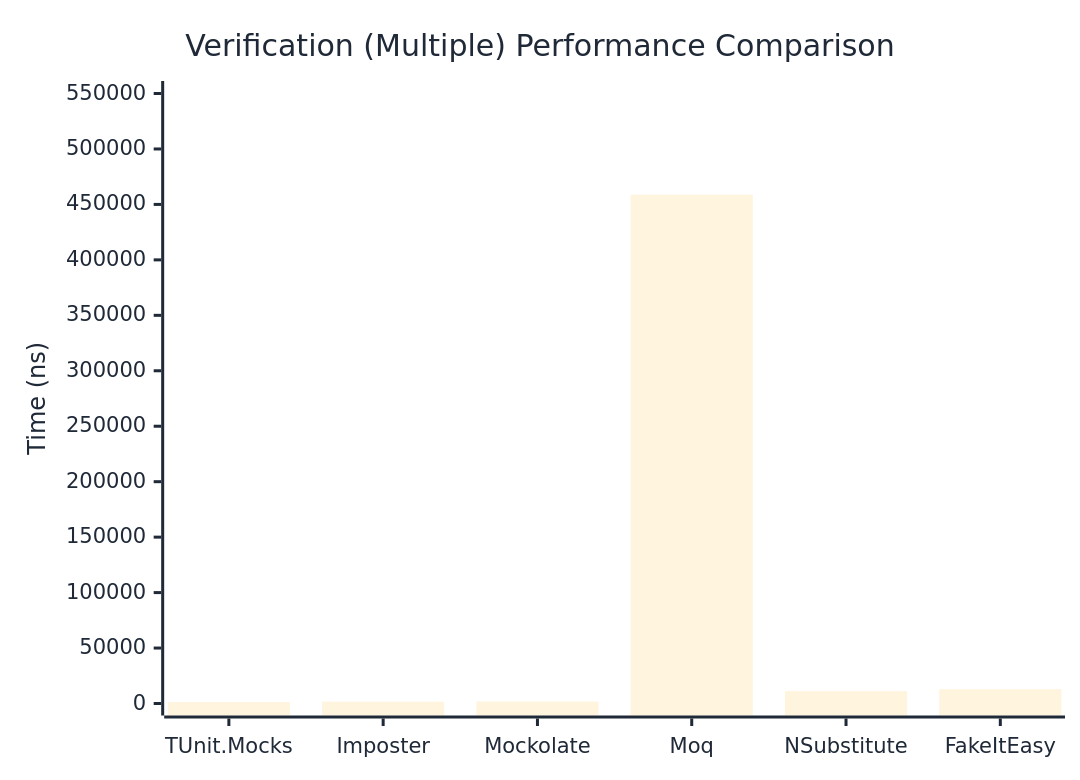
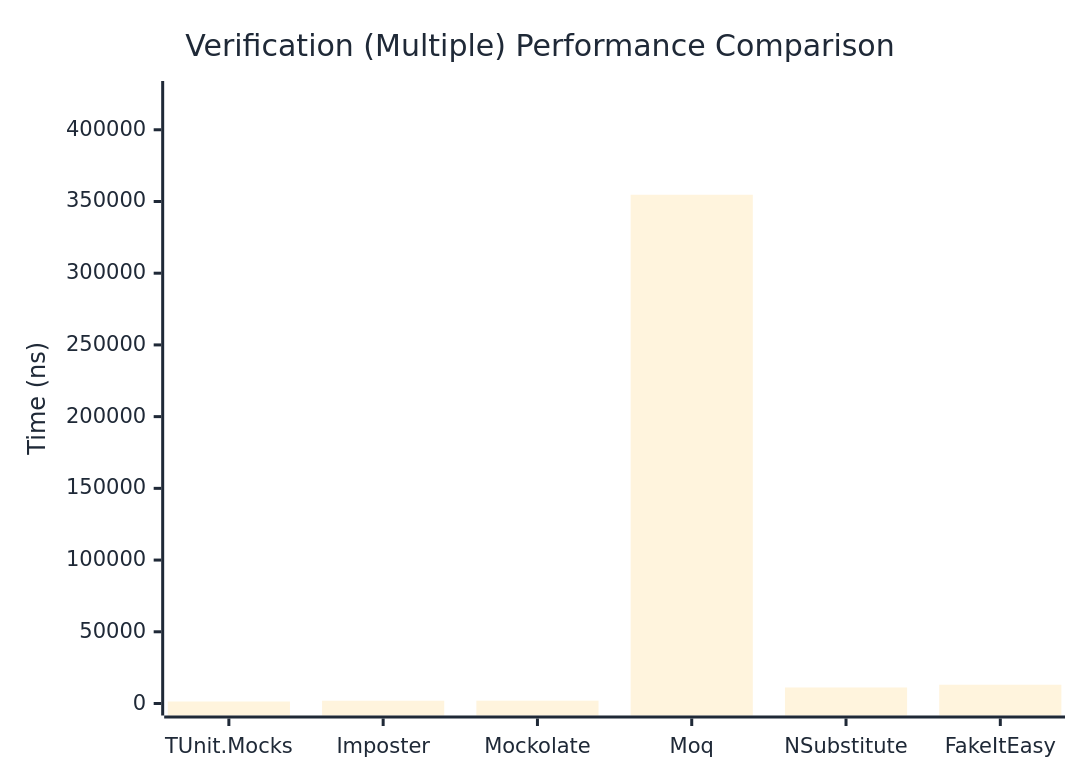
The third of 3 diagrams in docs/docs/benchmarks/mocks/Verification.md (thomhurst/TUnit), drawn with Mermaid before and after one commit. The commit also changed other lines of this file and 14 other files, not shown here.

````diff
--- a/docs/docs/benchmarks/mocks/Verification.md
+++ b/docs/docs/benchmarks/mocks/Verification.md
@@ -110,27 +110,27 @@
 ```mermaid
 %%{init: {
   'theme':'base',
   'themeVariables': {
     'primaryColor': '#2563eb',
     'primaryTextColor': '#1f2937',
     'primaryBorderColor': '#1e40af',
     'lineColor': '#6b7280',
     'secondaryColor': '#7c3aed',
     'tertiaryColor': '#dc2626',
     'background': '#ffffff',
     'pie1': '#2563eb',
     'pie2': '#7c3aed',
     'pie3': '#dc2626',
     'pie4': '#f59e0b',
     'pie5': '#10b981',
     'pie6': '#06b6d4',
     'pie7': '#ec4899',
     'pie8': '#6366f1'
   }
 }}%%
 xychart-beta
   title "Verification (Multiple) Performance Comparison"
   x-axis ["TUnit.Mocks", "Imposter", "Mockolate", "Moq", "NSubstitute", "FakeItEasy"]
-  y-axis "Time (ns)" 0 --> 550460
-  bar [1286.07, 1635.13, 1783.27, 458716.34, 11132.14, 12981.76]
+  y-axis "Time (ns)" 0 --> 425632
+  bar [1391.12, 1934.79, 1969.13, 354693.14, 11172.45, 13089.09]
 ```
````
